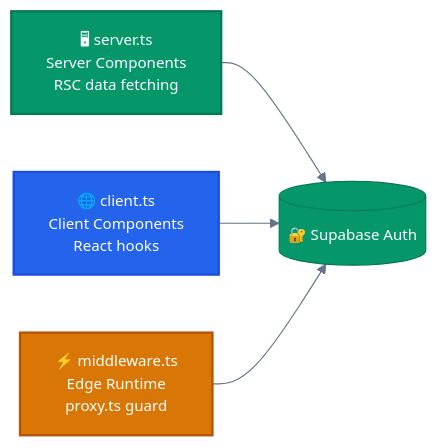
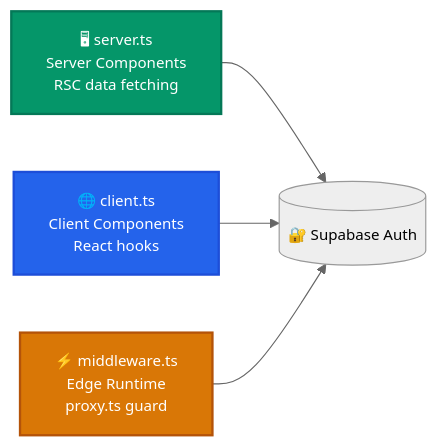
The fifth of 9 diagrams in README.md (jesusjosezapata99-jpg/Cendaro), drawn with Mermaid before and after one commit. The commit also changed other lines of this file and 15 other files, not shown here.

Commit message:
feat: implement security hardening with rate limiting, auth guards, and shared validation schemas

````diff
--- a/README.md
+++ b/README.md
@@ -491,16 +524,16 @@
 ```mermaid
-%%{init: {'theme': 'base', 'themeVariables': {'primaryColor': '#059669', 'primaryTextColor': '#fff', 'primaryBorderColor': '#047857', 'lineColor': '#64748b', 'fontSize': '13px'}}}%%
+%%{init: {'theme': 'neutral', 'themeVariables': {'fontSize': '13px'}}}%%
 
 graph LR
   classDef server fill:#059669,stroke:#047857,color:#fff,stroke-width:2px
   classDef client fill:#2463eb,stroke:#1d4ed8,color:#fff,stroke-width:2px
   classDef edge fill:#d97706,stroke:#b45309,color:#fff,stroke-width:2px
 
   S["🖥 server.ts\nServer Components\nRSC data fetching"]:::server
   C["🌐 client.ts\nClient Components\nReact hooks"]:::client
   M["⚡ middleware.ts\nEdge Runtime\nproxy.ts guard"]:::edge
 
   S --> SB[("🔐 Supabase Auth")]
   C --> SB
   M --> SB
 ```
````
